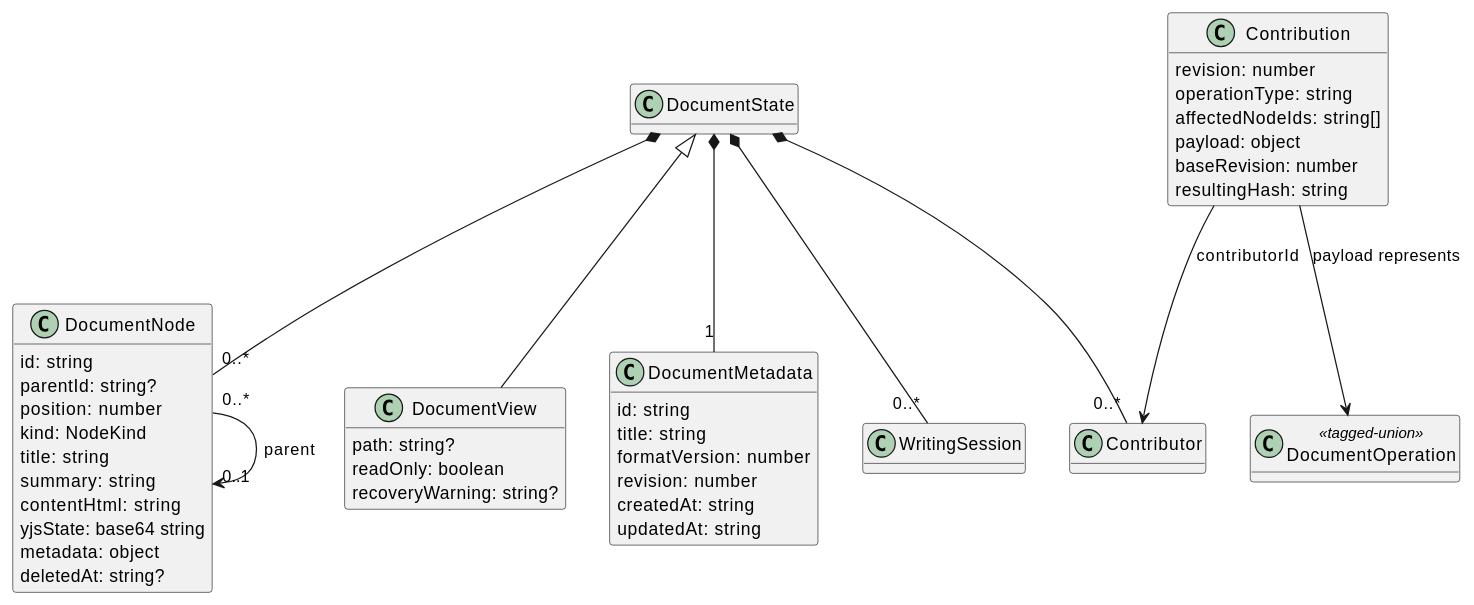
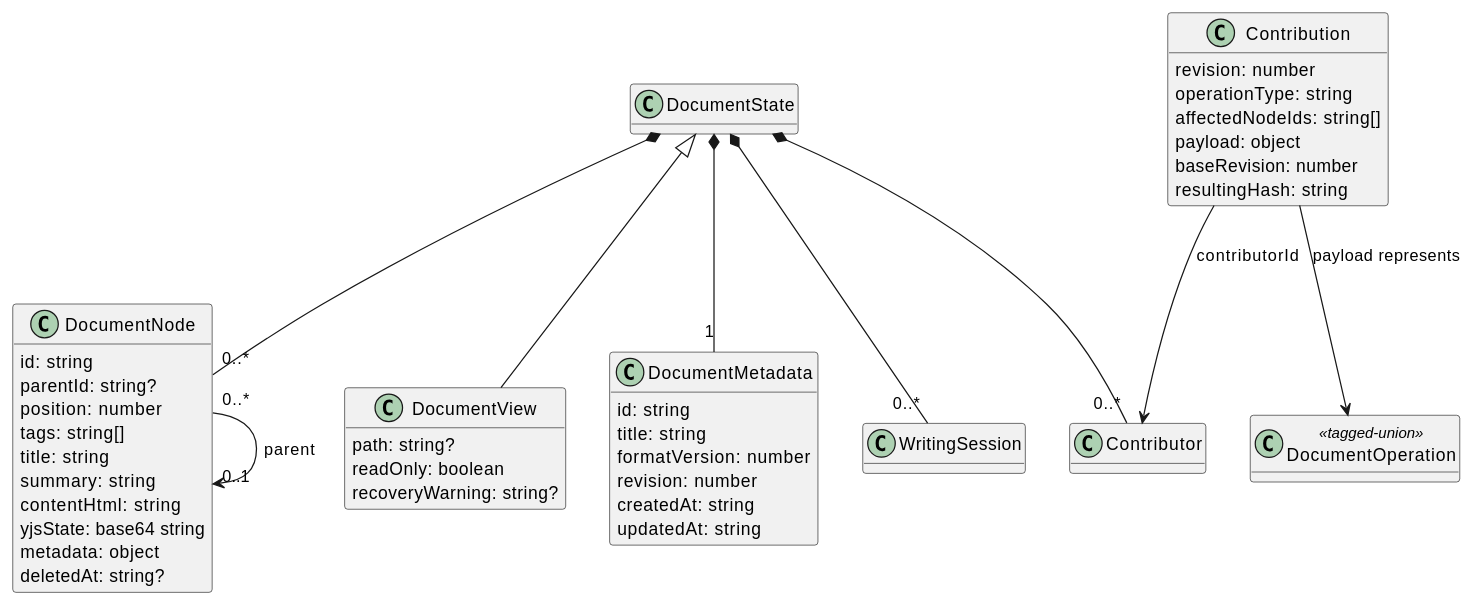
The third of 6 diagrams in docs/PERSISTENCE_DESIGN.md (benoit-gl/coedit), drawn with PlantUML before and after one commit. The commit also changed other lines of this file and 29 other files, not shown here.

Commit message:
retired kind; implemented tags

````diff
--- a/docs/PERSISTENCE_DESIGN.md
+++ b/docs/PERSISTENCE_DESIGN.md
@@ -197,52 +197,52 @@
 ```plantuml
 @startuml
 hide methods
 
 class DocumentState
 class DocumentView {
   path: string?
   readOnly: boolean
   recoveryWarning: string?
 }
 class DocumentMetadata {
   id: string
   title: string
   formatVersion: number
   revision: number
   createdAt: string
   updatedAt: string
 }
 class DocumentNode {
   id: string
   parentId: string?
   position: number
-  kind: NodeKind
+  tags: string[]
   title: string
   summary: string
   contentHtml: string
   yjsState: base64 string
   metadata: object
   deletedAt: string?
 }
 class Contributor
 class WritingSession
 class Contribution {
   revision: number
   operationType: string
   affectedNodeIds: string[]
   payload: object
   baseRevision: number
   resultingHash: string
 }
 class DocumentOperation <<tagged-union>>
 
 DocumentState <|-- DocumentView
 DocumentState *-- "1" DocumentMetadata
 DocumentState *-- "0..*" DocumentNode
 DocumentState *-- "0..*" Contributor
 DocumentState *-- "0..*" WritingSession
 DocumentNode "0..*" --> "0..1" DocumentNode : parent
 Contribution --> Contributor : contributorId
 Contribution --> DocumentOperation : payload represents
 @enduml
 ```
````
